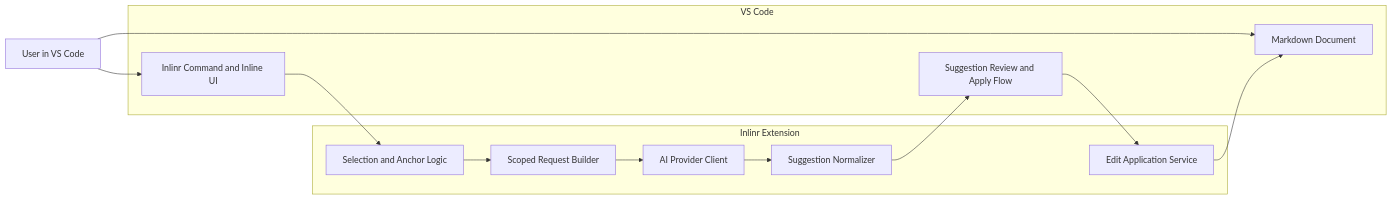
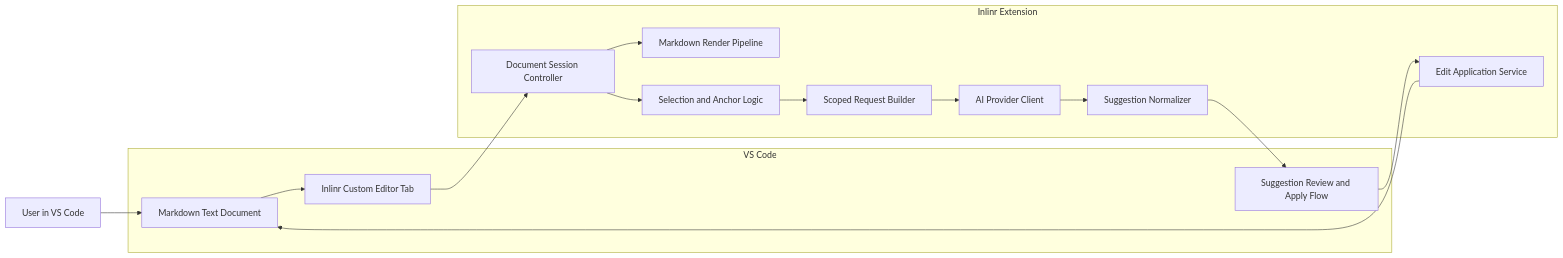
One commit to andystumpp/inlinr changed the diagram in architecture/high-level-architecture.md. Above: the diagram before and after it, drawn with Mermaid. The commit also changed other lines of this file and 12 other files, not shown here.

````diff
--- a/architecture/high-level-architecture.md
+++ b/architecture/high-level-architecture.md
@@ -12,28 +16,32 @@
 ```mermaid
 flowchart LR
     user[User in VS Code]
 
     subgraph editor[VS Code]
-        markdown[Markdown Document]
-        command[Inlinr Command and Inline UI]
+        markdown[Markdown Text Document]
+        custom[Inlinr Custom Editor Tab]
         review[Suggestion Review and Apply Flow]
     end
 
     subgraph extension[Inlinr Extension]
+        session[Document Session Controller]
+        render[Markdown Render Pipeline]
         anchor[Selection and Anchor Logic]
         request[Scoped Request Builder]
         provider[AI Provider Client]
         normalize[Suggestion Normalizer]
         apply[Edit Application Service]
     end
 
     user --> markdown
-    user --> command
-    command --> anchor
+    markdown --> custom
+    custom --> session
+    session --> render
+    session --> anchor
     anchor --> request
     request --> provider
     provider --> normalize
     normalize --> review
     review --> apply
     apply --> markdown
 ```
````
